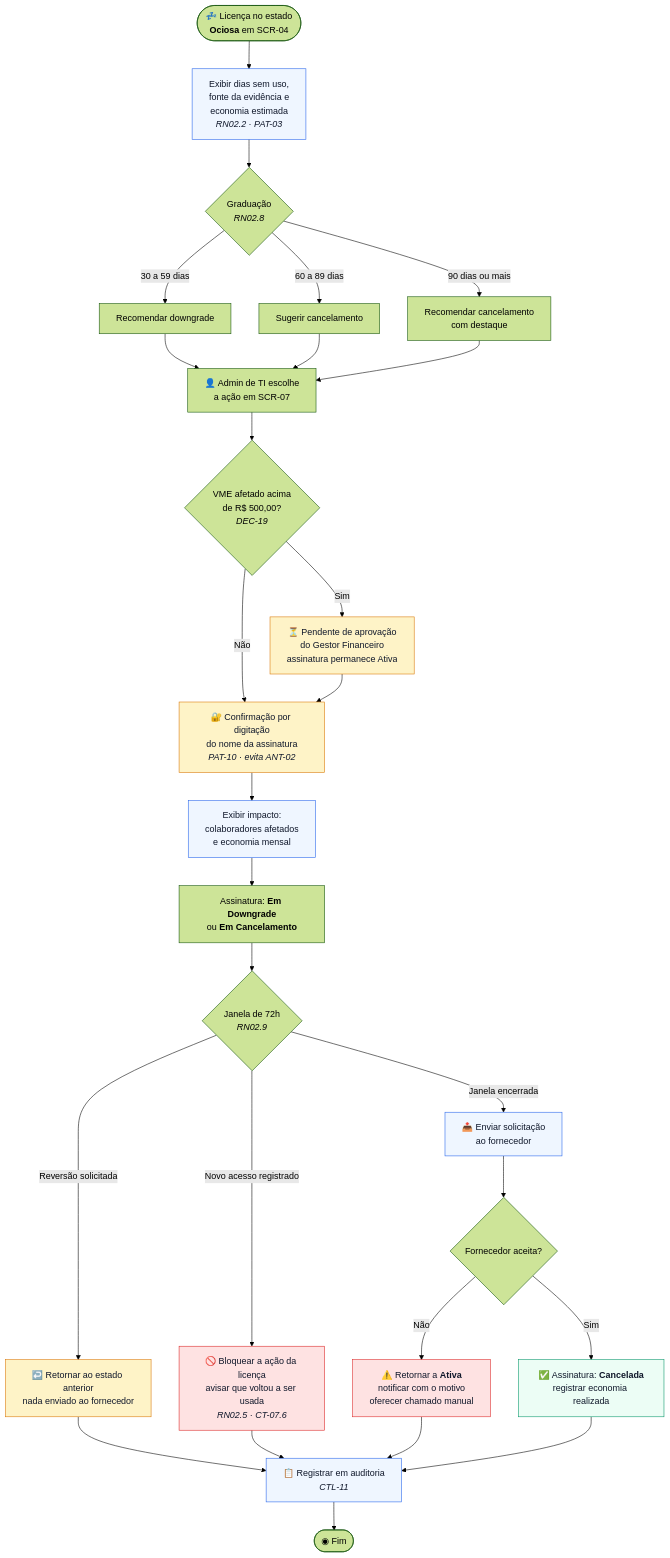
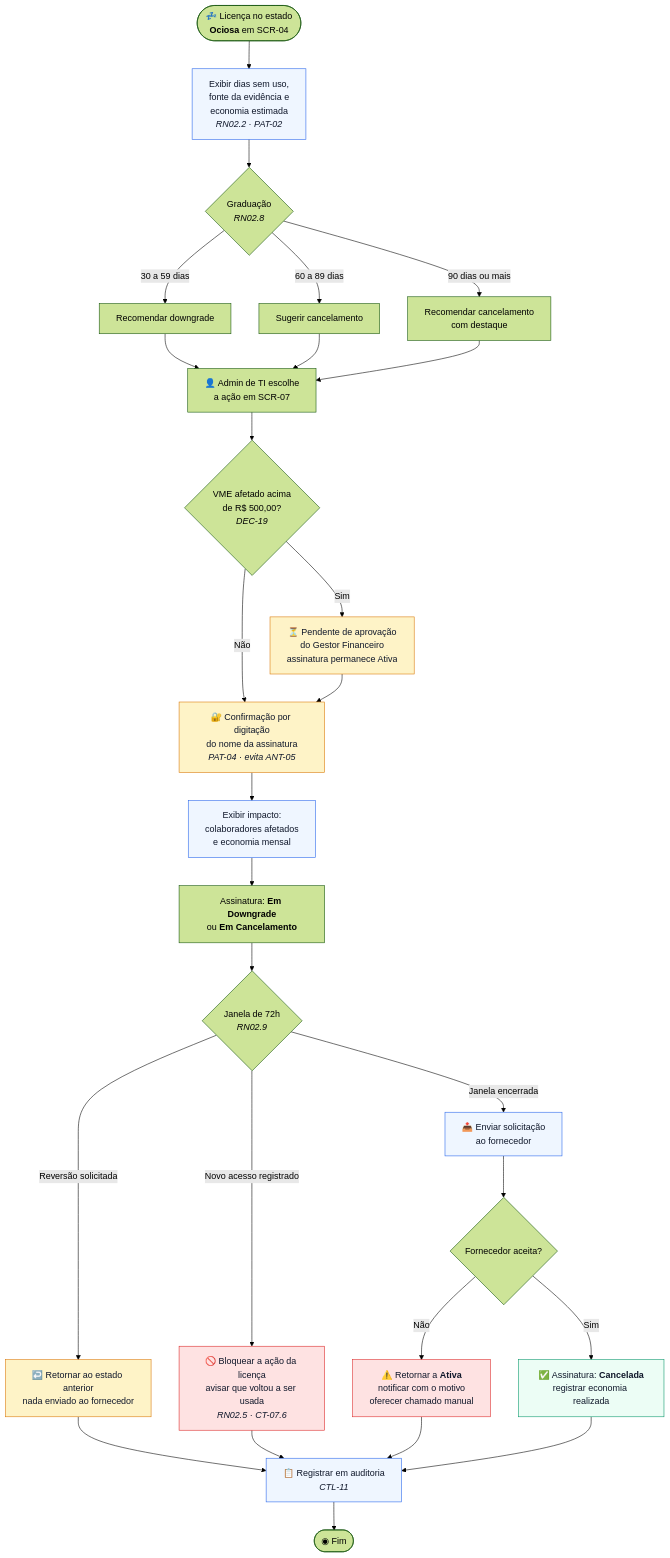
One commit to ES-2026-2/PS changed the third of 3 diagrams in semana-03/entregavel-03-personas-corporativas-user-flows-bloco-b.md. Above: the diagram before and after it, drawn with Mermaid (forest theme). The commit also changed other lines of this file, not shown here.

````diff
--- a/semana-03/entregavel-03-personas-corporativas-user-flows-bloco-b.md
+++ b/semana-03/entregavel-03-personas-corporativas-user-flows-bloco-b.md
@@ -347,46 +347,46 @@
 ```mermaid
 flowchart TD
-    A(["💤 Licença no estado<br/><b>Ociosa</b> em SCR-04"]) --> B["Exibir dias sem uso,<br/>fonte da evidência e<br/>economia estimada<br/><i>RN02.2 · PAT-03</i>"]
+    A(["💤 Licença no estado<br/><b>Ociosa</b> em SCR-04"]) --> B["Exibir dias sem uso,<br/>fonte da evidência e<br/>economia estimada<br/><i>RN02.2 · PAT-02</i>"]
     B --> C{"Graduação<br/><i>RN02.8</i>"}
     C -->|"30 a 59 dias"| D1["Recomendar downgrade"]
     C -->|"60 a 89 dias"| D2["Sugerir cancelamento"]
     C -->|"90 dias ou mais"| D3["Recomendar cancelamento<br/>com destaque"]
 
     D1 --> E
     D2 --> E
     D3 --> E
     E["👤 Admin de TI escolhe<br/>a ação em SCR-07"]
 
     E --> F{"VME afetado acima<br/>de R$ 500,00?<br/><i>DEC-19</i>"}
     F -->|"Sim"| G["⏳ Pendente de aprovação<br/>do Gestor Financeiro<br/>assinatura permanece Ativa"]
     F -->|"Não"| H
     G --> H
 
-    H["🔐 Confirmação por digitação<br/>do nome da assinatura<br/><i>PAT-10 · evita ANT-02</i>"]
+    H["🔐 Confirmação por digitação<br/>do nome da assinatura<br/><i>PAT-04 · evita ANT-05</i>"]
     H --> I["Exibir impacto:<br/>colaboradores afetados<br/>e economia mensal"]
     I --> J["Assinatura: <b>Em Downgrade</b><br/>ou <b>Em Cancelamento</b>"]
 
     J --> K{"Janela de 72h<br/><i>RN02.9</i>"}
     K -->|"Reversão solicitada"| L["↩️ Retornar ao estado anterior<br/>nada enviado ao fornecedor"]
     K -->|"Novo acesso registrado"| M["🚫 Bloquear a ação da licença<br/>avisar que voltou a ser usada<br/><i>RN02.5 · CT-07.6</i>"]
     K -->|"Janela encerrada"| N["📤 Enviar solicitação<br/>ao fornecedor"]
 
     N --> O{"Fornecedor aceita?"}
     O -->|"Não"| P["⚠️ Retornar a <b>Ativa</b><br/>notificar com o motivo<br/>oferecer chamado manual"]
     O -->|"Sim"| Q["✅ Assinatura: <b>Cancelada</b><br/>registrar economia realizada"]
 
     L --> R["📋 Registrar em auditoria<br/><i>CTL-11</i>"]
     M --> R
     P --> R
     Q --> R
     R --> S(["◉ Fim"])
 
     classDef sis fill:#EFF6FF,stroke:#2563EB,color:#0F172A
     classDef alerta fill:#FEF3C7,stroke:#D97706,color:#0F172A
     classDef ok fill:#ECFDF5,stroke:#059669,color:#0F172A
     classDef bloq fill:#FEE2E2,stroke:#DC2626,color:#0F172A
     class B,I,R,N sis
     class G,H,L alerta
     class Q ok
     class M,P bloq
 ```
````
